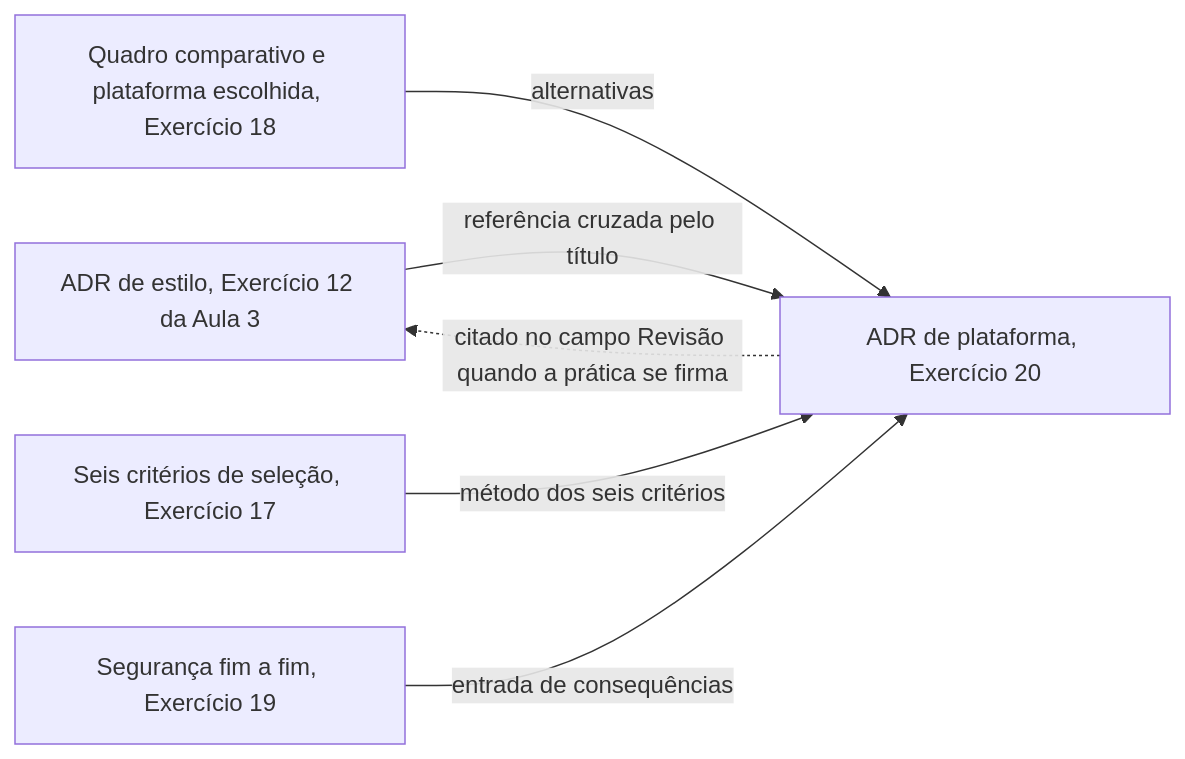
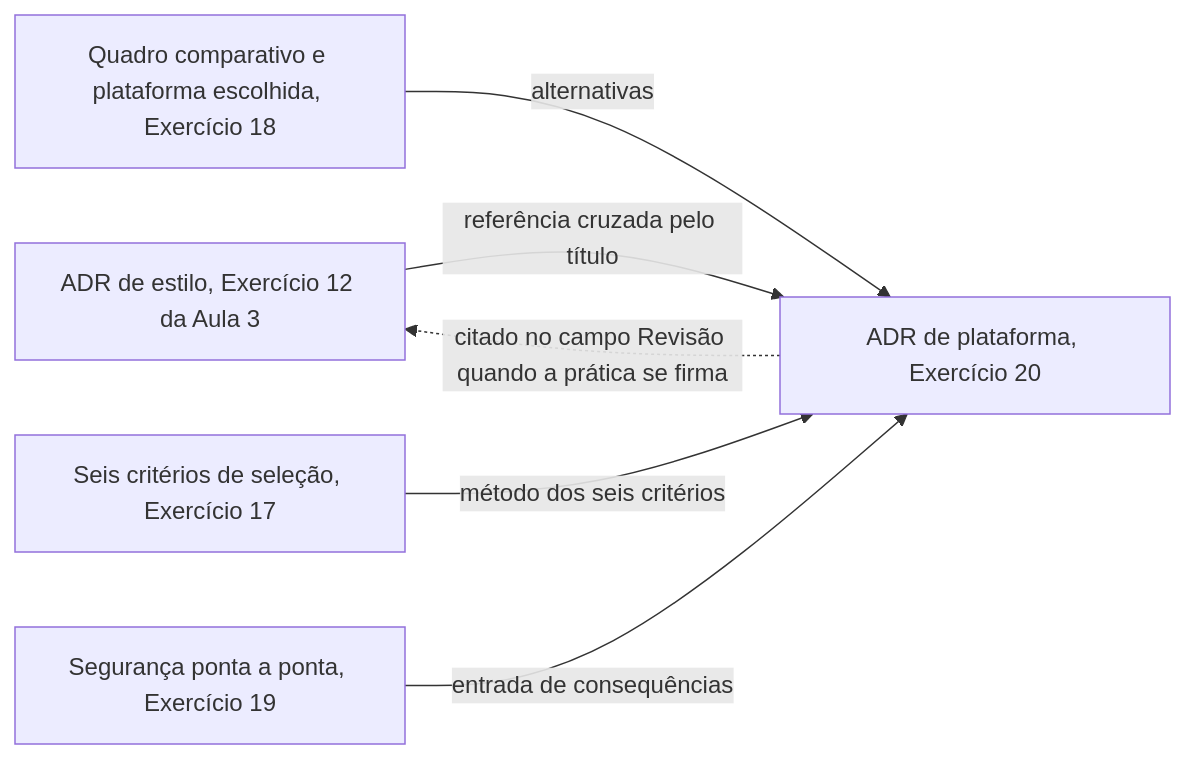
Before and after one commit to aulas-marco/projeto-arquitetura-software: the first of 2 diagrams in docs/modulo-5-frameworks-e-tecnologias/bloco-4-adr-de-plataforma.md, drawn with Mermaid. The commit also changed other lines of this file and 18 other files, not shown here.

First line of the commit message:
docs(modulo-5): segurança fim a fim passa a segurança ponta a ponta, tradução correta de end-to-end

````diff
--- a/docs/modulo-5-frameworks-e-tecnologias/bloco-4-adr-de-plataforma.md
+++ b/docs/modulo-5-frameworks-e-tecnologias/bloco-4-adr-de-plataforma.md
@@ -140,8 +140,8 @@
 ```mermaid
 graph LR
     E12["ADR de estilo, Exercício 12 da Aula 3"] -->|"referência cruzada pelo título"| E20["ADR de plataforma, Exercício 20"]
     E18["Quadro comparativo e plataforma escolhida, Exercício 18"] -->|"alternativas"| E20
     E17["Seis critérios de seleção, Exercício 17"] -->|"método dos seis critérios"| E20
-    E19["Segurança fim a fim, Exercício 19"] -->|"entrada de consequências"| E20
+    E19["Segurança ponta a ponta, Exercício 19"] -->|"entrada de consequências"| E20
     E20 -.->|"citado no campo Revisão quando a prática se firma"| E12
 ```
````
